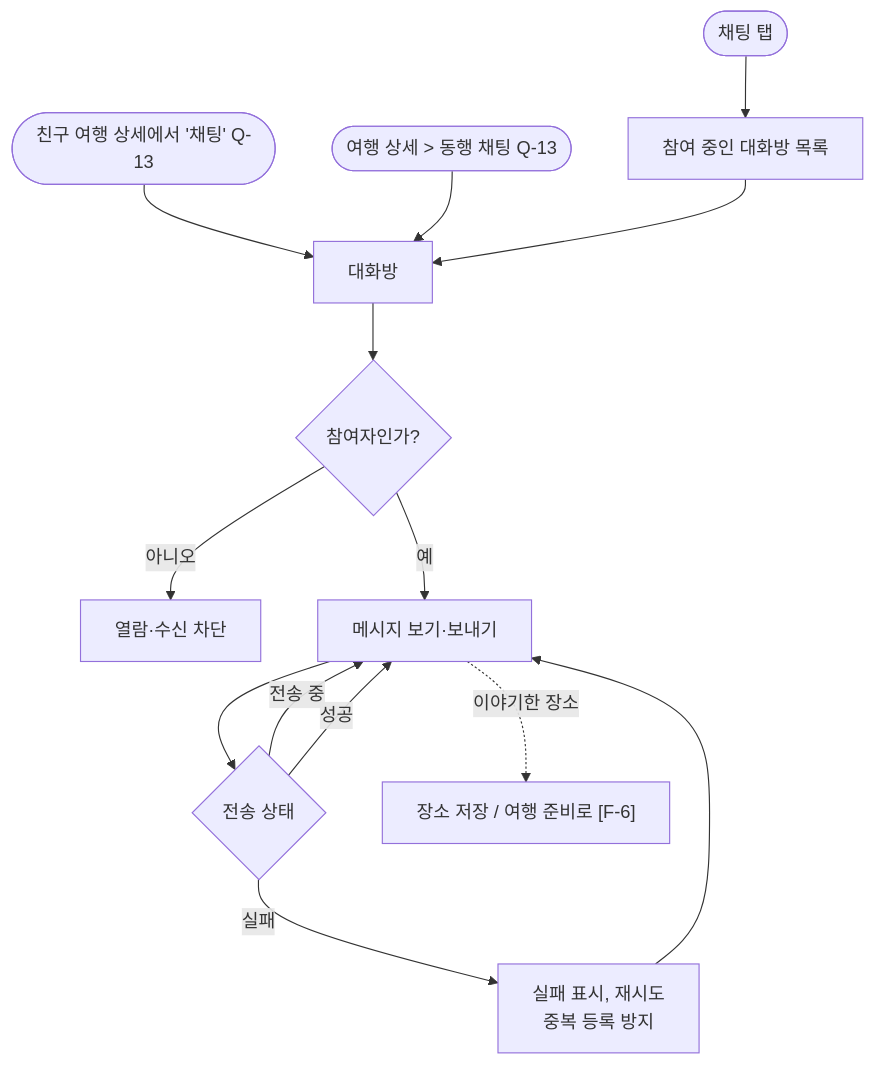
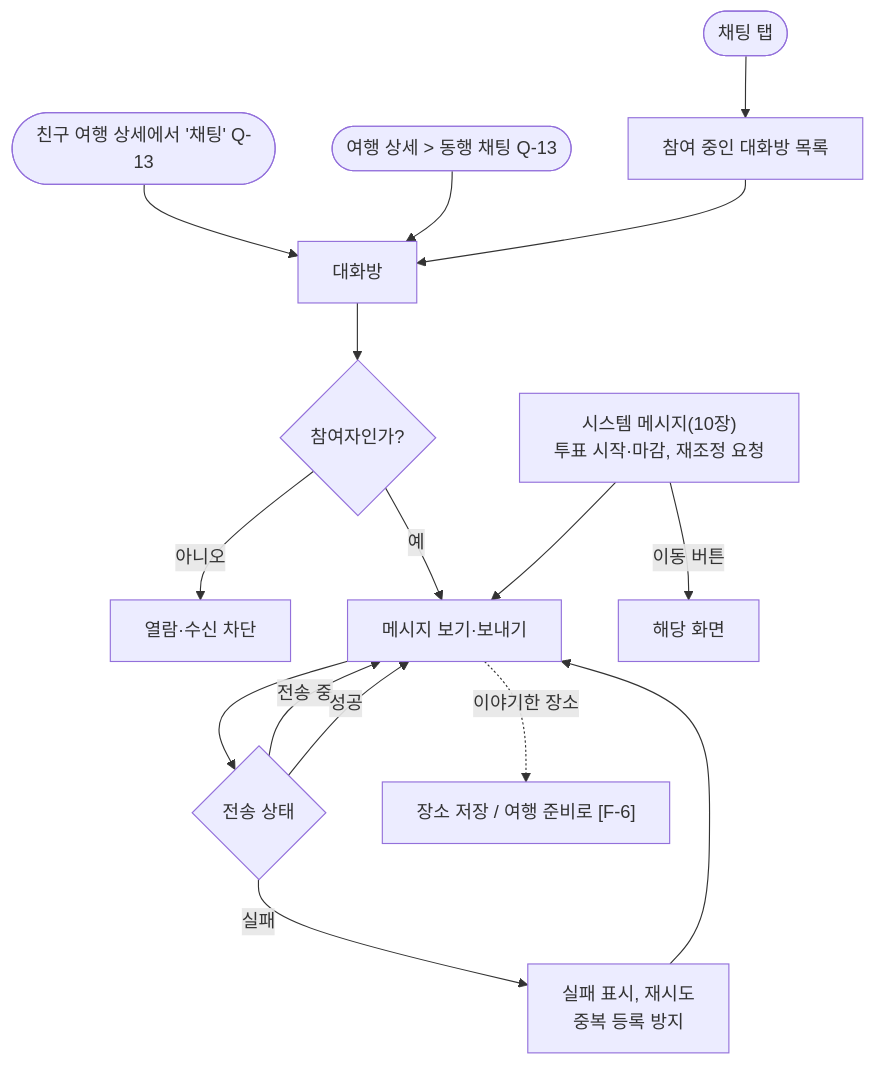
Diagram 23 of 25 in docs/flow/user-flow.md (a204-eodilog/eodilog), drawn with Mermaid before and after one commit. The commit also changed other lines of this file and 1 other file, not shown here.

````diff
--- a/docs/flow/user-flow.md
+++ b/docs/flow/user-flow.md
@@ -475,15 +483,17 @@
 ```mermaid
 flowchart TD
     E1(["채팅 탭"]) --> ROOMS["참여 중인 대화방 목록"]
     E2(["친구 여행 상세에서 '채팅' Q-13"]) --> ROOM
     E3(["여행 상세 > 동행 채팅 Q-13"]) --> ROOM
     ROOMS --> ROOM["대화방"]
     ROOM --> ACC{"참여자인가?"}
     ACC -- "아니오" --> DENY["열람·수신 차단"]
     ACC -- "예" --> MSG["메시지 보기·보내기"]
     MSG --> ST{"전송 상태"}
     ST -- "전송 중" --> MSG
     ST -- "실패" --> RT["실패 표시, 재시도<br/>중복 등록 방지"] --> MSG
     ST -- "성공" --> MSG
     MSG -. "이야기한 장소" .-> SAVE["장소 저장 / 여행 준비로 [F-6]"]
+    SYS["시스템 메시지(10장)<br/>투표 시작·마감, 재조정 요청"] --> MSG
+    SYS -- "이동 버튼" --> GO["해당 화면"]
 ```
````
